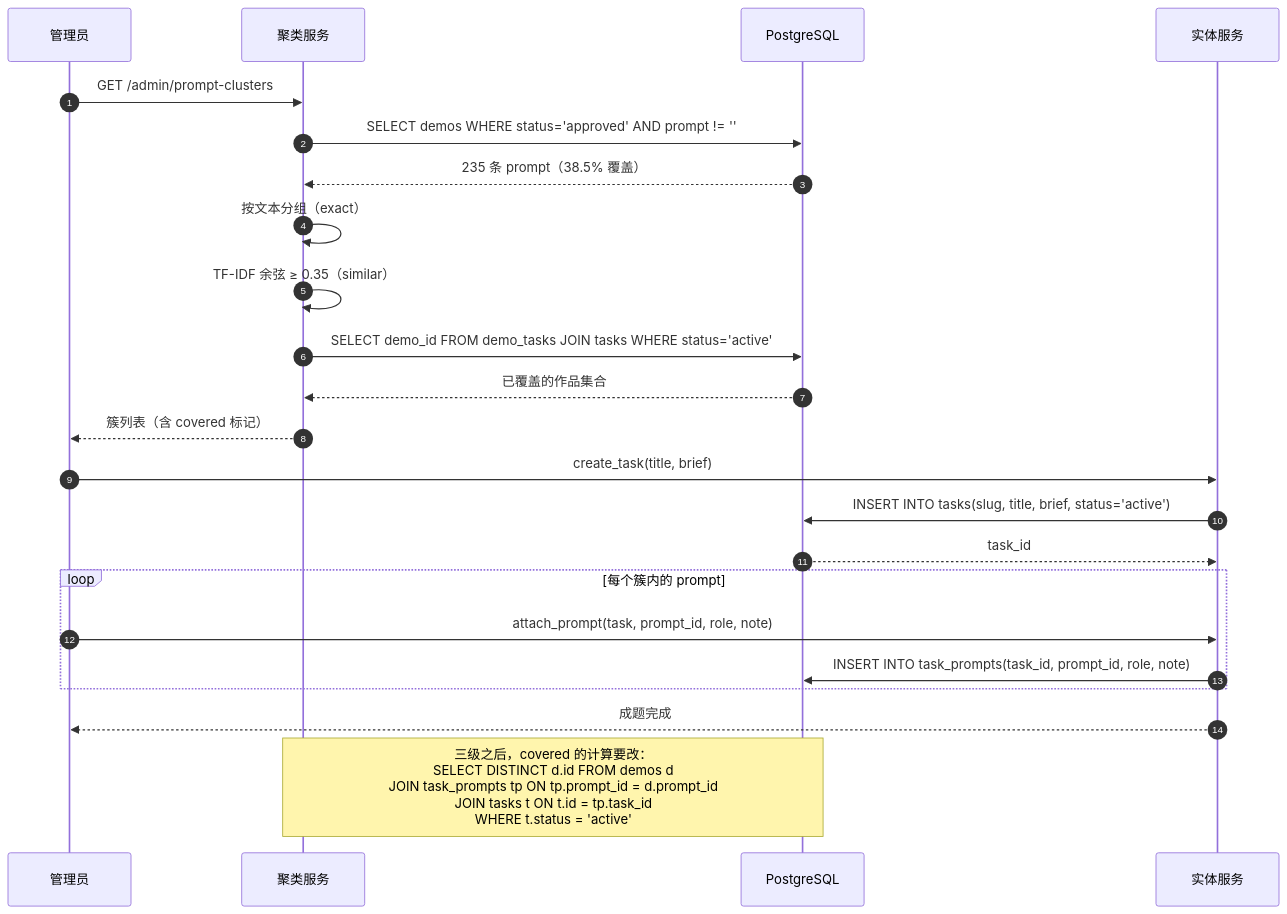
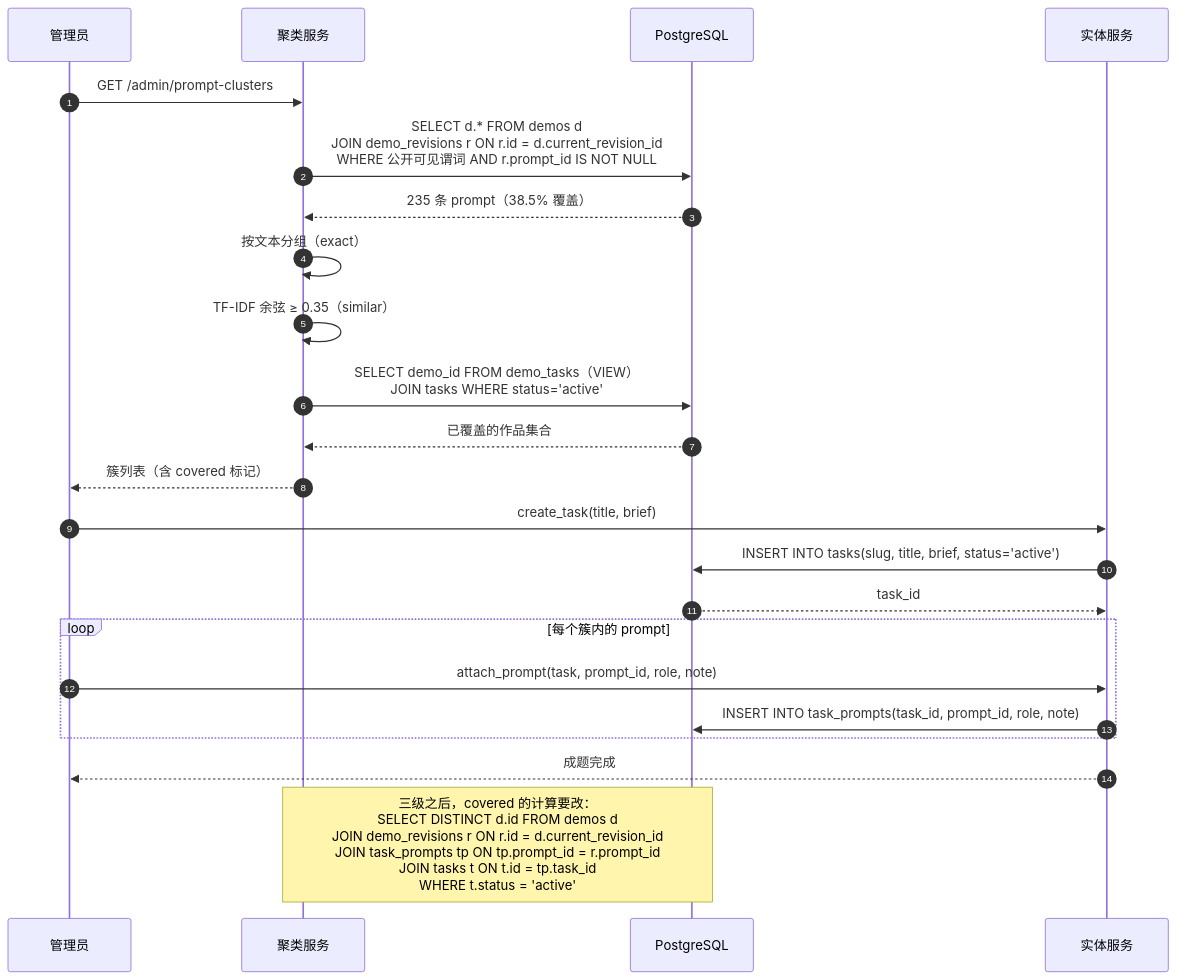
The eighth of 22 diagrams in docs/实体域UML图集.md (deepdemos/ds-demos-showcase), drawn with Mermaid before and after one commit. The commit also changed other lines of this file and 36 other files, not shown here.

````diff
--- a/docs/实体域UML图集.md
+++ b/docs/实体域UML图集.md
@@ -527,30 +878,30 @@
 ```mermaid
 sequenceDiagram
     autonumber
     participant A as 管理员
     participant CL as 聚类服务
     participant DB as PostgreSQL
     participant SVC as 实体服务
 
     A->>CL: GET /admin/prompt-clusters
-    CL->>DB: SELECT demos WHERE status='approved' AND prompt != ''
+    CL->>DB: SELECT d.* FROM demos d<br/>JOIN demo_revisions r ON r.id = d.current_revision_id<br/>WHERE 公开可见谓词 AND r.prompt_id IS NOT NULL
     DB-->>CL: 235 条 prompt（38.5% 覆盖）
     CL->>CL: 按文本分组（exact）
     CL->>CL: TF-IDF 余弦 ≥ 0.35（similar）
-    CL->>DB: SELECT demo_id FROM demo_tasks JOIN tasks WHERE status='active'
+    CL->>DB: SELECT demo_id FROM demo_tasks（VIEW）<br/>JOIN tasks WHERE status='active'
     DB-->>CL: 已覆盖的作品集合
     CL-->>A: 簇列表（含 covered 标记）
 
     A->>SVC: create_task(title, brief)
     SVC->>DB: INSERT INTO tasks(slug, title, brief, status='active')
     DB-->>SVC: task_id
 
     loop 每个簇内的 prompt
         A->>SVC: attach_prompt(task, prompt_id, role, note)
         SVC->>DB: INSERT INTO task_prompts(task_id, prompt_id, role, note)
     end
 
     SVC-->>A: 成题完成
 
-    Note over CL,DB: 三级之后，covered 的计算要改：<br/>SELECT DISTINCT d.id FROM demos d<br/>JOIN task_prompts tp ON tp.prompt_id = d.prompt_id<br/>JOIN tasks t ON t.id = tp.task_id<br/>WHERE t.status = 'active'
+    Note over CL,DB: 三级之后，covered 的计算要改：<br/>SELECT DISTINCT d.id FROM demos d<br/>JOIN demo_revisions r ON r.id = d.current_revision_id<br/>JOIN task_prompts tp ON tp.prompt_id = r.prompt_id<br/>JOIN tasks t ON t.id = tp.task_id<br/>WHERE t.status = 'active'
 ```
````
